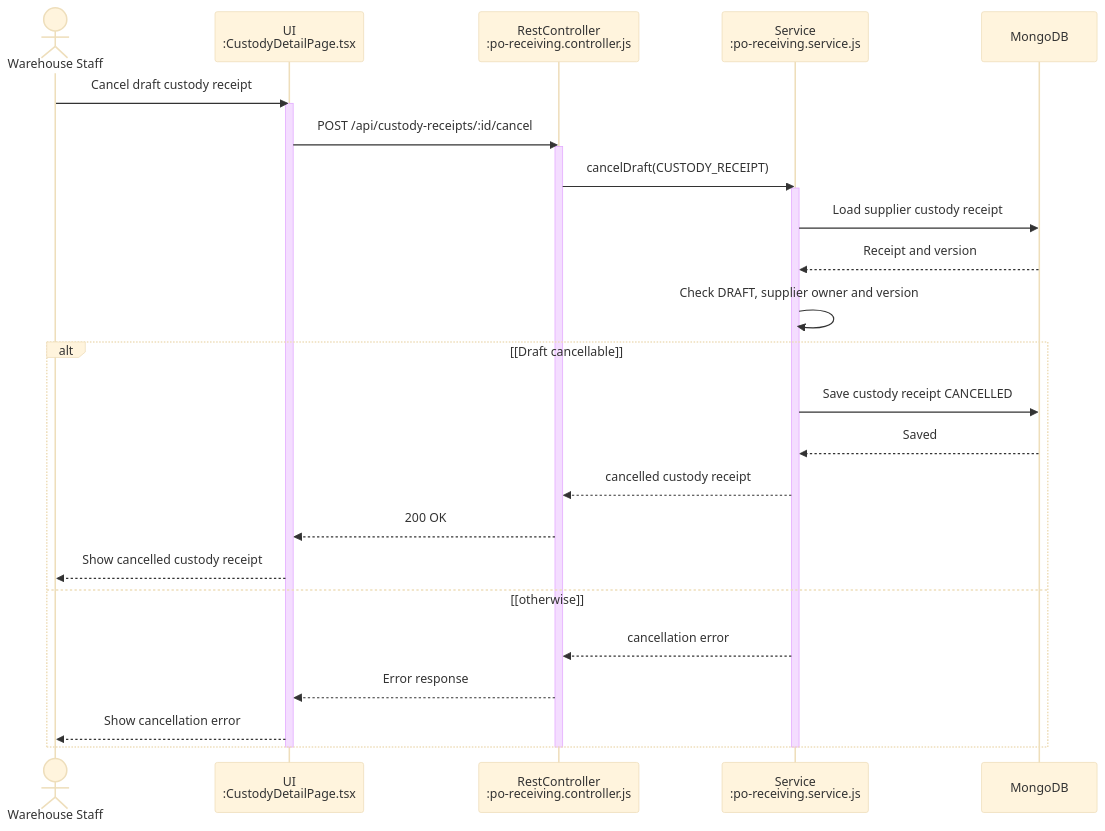
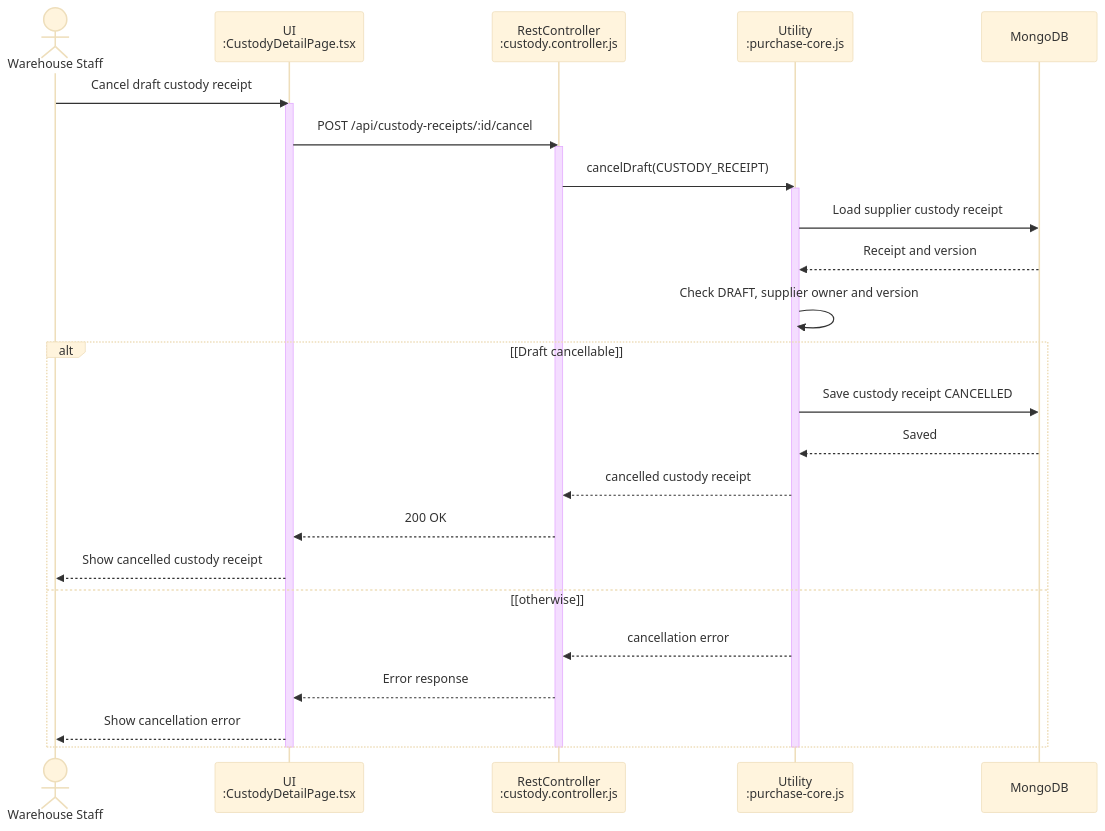
One commit to bupbalabup/wmsd_be changed diagram 26 of 46 in git_doc/docs/01_bao_cao/WMSD_Report4_Draft.md. Above: the diagram before and after it, drawn with Mermaid (base theme). The commit also changed other lines of this file and 29 other files, not shown here.

````diff
--- a/git_doc/docs/01_bao_cao/WMSD_Report4_Draft.md
+++ b/git_doc/docs/01_bao_cao/WMSD_Report4_Draft.md
@@ -1809,31 +1832,31 @@
 ```mermaid
 sequenceDiagram
   actor X as Warehouse Staff
   participant U as UI<br/>:CustodyDetailPage.tsx
-  participant A as RestController<br/>:po-receiving.controller.js
-  participant S as Service<br/>:po-receiving.service.js
+  participant A as RestController<br/>:custody.controller.js
+  participant S as Utility<br/>:purchase-core.js
   participant D as MongoDB
   X->>U: Cancel draft custody receipt
   activate U
   U->>A: POST /api/custody-receipts/:id/cancel
   activate A
   A->>S: cancelDraft(CUSTODY_RECEIPT)
   activate S
   S->>D: Load supplier custody receipt
   D-->>S: Receipt and version
   S->>S: Check DRAFT, supplier owner and version
   alt [Draft cancellable]
     S->>D: Save custody receipt CANCELLED
     D-->>S: Saved
     S-->>A: cancelled custody receipt
     A-->>U: 200 OK
     U-->>X: Show cancelled custody receipt
   else [otherwise]
     S-->>A: cancellation error
     A-->>U: Error response
     U-->>X: Show cancellation error
   end
   deactivate S
   deactivate A
   deactivate U
 ```
````
